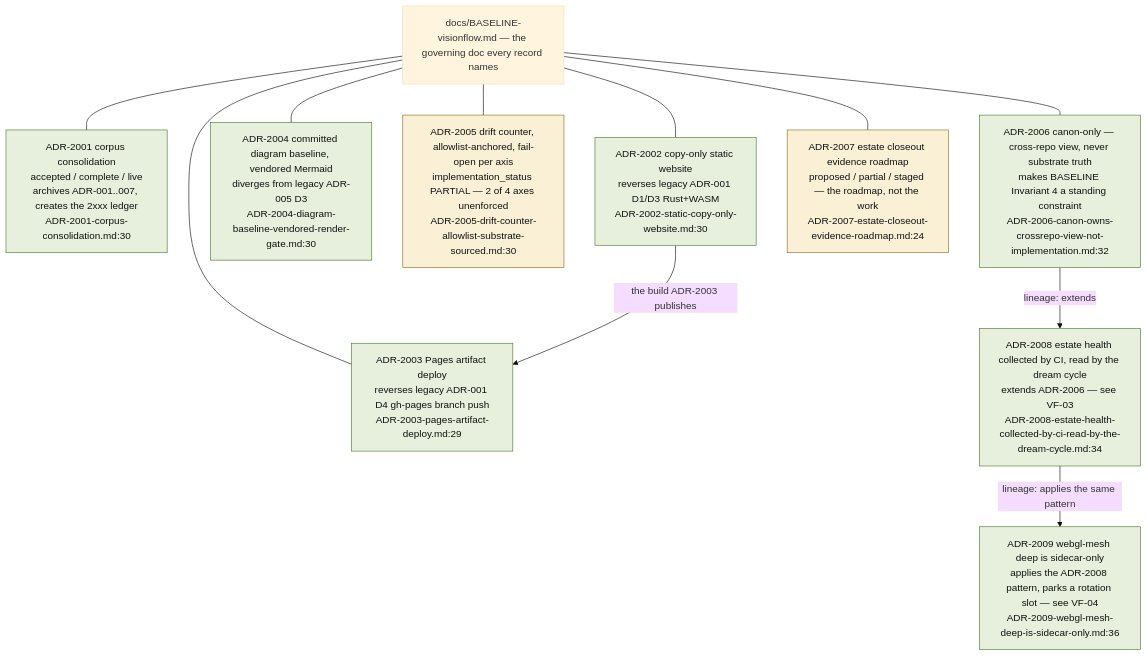
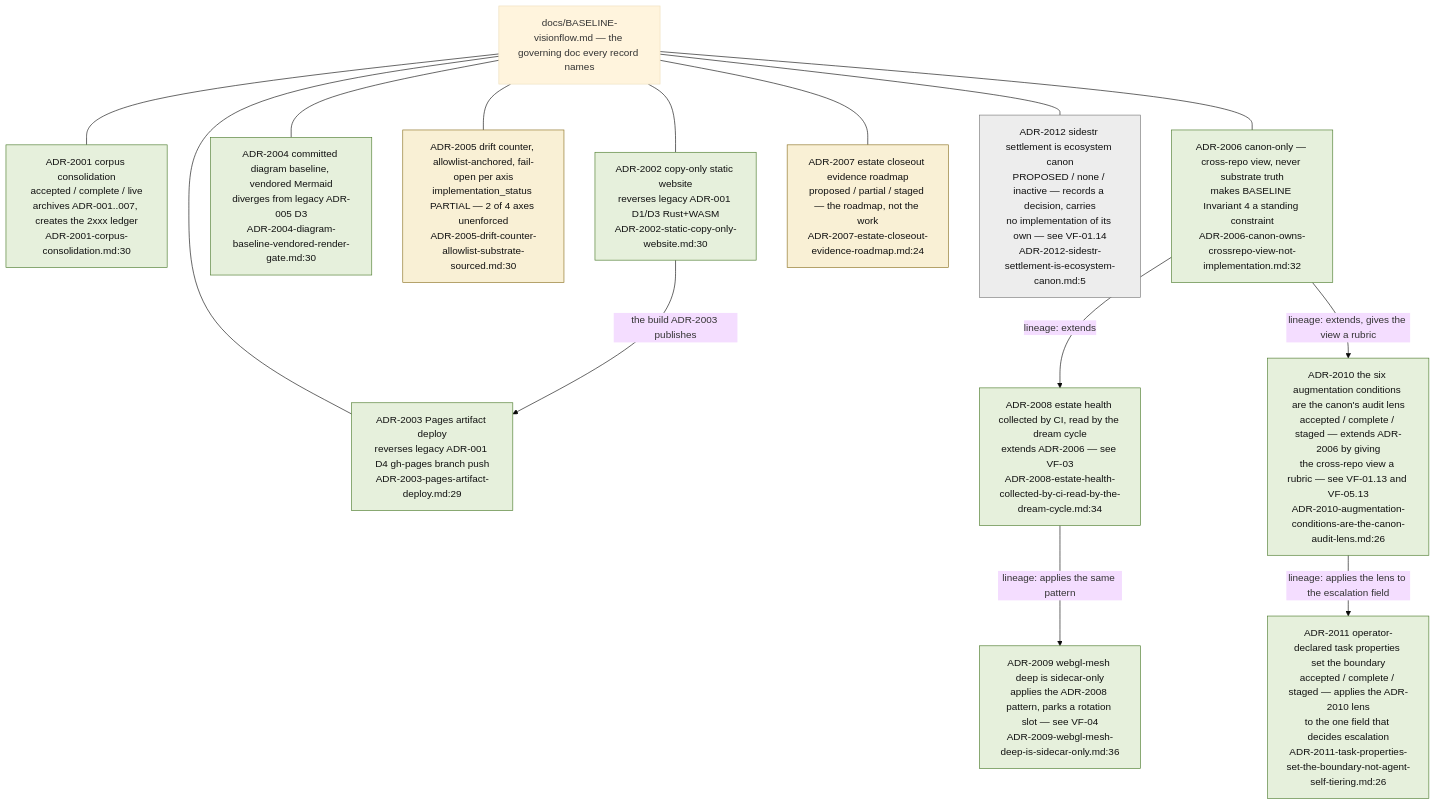
One commit to DreamLab-AI/VisionFlow changed the tenth of 14 diagrams in docs/diagrams/visionflow/01-repo-composition-and-canon.md. Above: the diagram before and after it, drawn with Mermaid (base theme). The commit also changed other lines of this file and 7 other files, not shown here.

````diff
--- a/docs/diagrams/visionflow/01-repo-composition-and-canon.md
+++ b/docs/diagrams/visionflow/01-repo-composition-and-canon.md
@@ -314,27 +323,34 @@
 ```mermaid
 flowchart TB
     classDef live fill:#e6f0dc,stroke:#4a7a2a,color:#111
     classDef part fill:#f9f0d5,stroke:#8a7020,color:#111
+    classDef prop fill:#ededed,stroke:#777,color:#111
     BASE["docs/BASELINE-visionflow.md — the governing doc every record names"]
 
     A1["ADR-2001 corpus consolidation<br/>accepted / complete / live<br/>archives ADR-001..007, creates the 2xxx ledger<br/>ADR-2001-corpus-consolidation.md:30"]:::live
     A2["ADR-2002 copy-only static website<br/>reverses legacy ADR-001 D1/D3 Rust+WASM<br/>ADR-2002-static-copy-only-website.md:30"]:::live
     A3["ADR-2003 Pages artifact deploy<br/>reverses legacy ADR-001 D4 gh-pages branch push<br/>ADR-2003-pages-artifact-deploy.md:29"]:::live
     A4["ADR-2004 committed diagram baseline, vendored Mermaid<br/>diverges from legacy ADR-005 D3<br/>ADR-2004-diagram-baseline-vendored-render-gate.md:30"]:::live
     A5["ADR-2005 drift counter, allowlist-anchored, fail-open per axis<br/>implementation_status PARTIAL — 2 of 4 axes unenforced<br/>ADR-2005-drift-counter-allowlist-substrate-sourced.md:30"]:::part
     A6["ADR-2006 canon-only — cross-repo view, never substrate truth<br/>makes BASELINE Invariant 4 a standing constraint<br/>ADR-2006-canon-owns-crossrepo-view-not-implementation.md:32"]:::live
     A7["ADR-2007 estate closeout evidence roadmap<br/>proposed / partial / staged — the roadmap, not the work<br/>ADR-2007-estate-closeout-evidence-roadmap.md:24"]:::part
     A8["ADR-2008 estate health collected by CI, read by the dream cycle<br/>extends ADR-2006 — see VF-03<br/>ADR-2008-estate-health-collected-by-ci-read-by-the-dream-cycle.md:34"]:::live
     A9["ADR-2009 webgl-mesh deep is sidecar-only<br/>applies the ADR-2008 pattern, parks a rotation slot — see VF-04<br/>ADR-2009-webgl-mesh-deep-is-sidecar-only.md:36"]:::live
+    A10["ADR-2010 the six augmentation conditions are the canon's audit lens<br/>accepted / complete / staged — extends ADR-2006 by giving<br/>the cross-repo view a rubric — see VF-01.13 and VF-05.13<br/>ADR-2010-augmentation-conditions-are-the-canon-audit-lens.md:26"]:::live
+    A11["ADR-2011 operator-declared task properties set the boundary<br/>accepted / complete / staged — applies the ADR-2010 lens<br/>to the one field that decides escalation<br/>ADR-2011-task-properties-set-the-boundary-not-agent-self-tiering.md:26"]:::live
+    A12["ADR-2012 sidestr settlement is ecosystem canon<br/>PROPOSED / none / inactive — records a decision, carries<br/>no implementation of its own — see VF-01.14<br/>ADR-2012-sidestr-settlement-is-ecosystem-canon.md:5"]:::prop
 
     BASE --- A1
     BASE --- A2
     BASE --- A3
     BASE --- A4
     BASE --- A5
     BASE --- A6
     BASE --- A7
+    BASE --- A12
     A6 -->|"lineage: extends"| A8
     A8 -->|"lineage: applies the same pattern"| A9
     A2 -->|"the build ADR-2003 publishes"| A3
+    A6 -->|"lineage: extends, gives the view a rubric"| A10
+    A10 -->|"lineage: applies the lens to the escalation field"| A11
 ```
````
